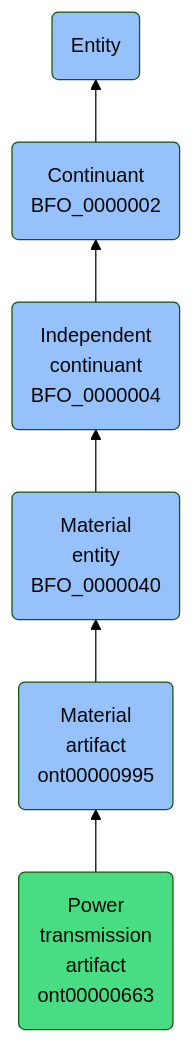
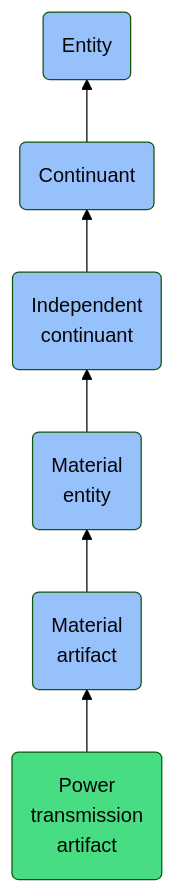
One commit to jupyter-naas/abi changed the diagram in docs/ontology/reference/model/Entity/Continuant/Independent continuant/Material entity/Material artifact/Power transmission artifact/Power transmission artifact.md. Above: the diagram before and after it, drawn with Mermaid (forest theme). The commit also changed other lines of this file and 1430 other files, not shown here.

````diff
--- a/docs/ontology/reference/model/Entity/Continuant/Independent continuant/Material entity/Material artifact/Power transmission artifact/Power transmission artifact.md
+++ b/docs/ontology/reference/model/Entity/Continuant/Independent continuant/Material entity/Material artifact/Power transmission artifact/Power transmission artifact.md
@@ -24,13 +24,13 @@
 ```mermaid
 graph BT
-    ont00000663(Power<br>transmission<br>artifact<br>ont00000663):::ABI-->ont00000995
-    ont00000995(Material<br>artifact<br>ont00000995):::BFO-->BFO_0000040
-    BFO_0000040(Material<br>entity<br>BFO_0000040):::BFO-->BFO_0000004
-    BFO_0000004(Independent<br>continuant<br>BFO_0000004):::BFO-->BFO_0000002
-    BFO_0000002(Continuant<br>BFO_0000002):::BFO-->BFO_0000001
+    ont00000663(Power<br>transmission<br>artifact):::ABI-->ont00000995
+    ont00000995(Material<br>artifact):::BFO-->BFO_0000040
+    BFO_0000040(Material<br>entity):::BFO-->BFO_0000004
+    BFO_0000004(Independent<br>continuant):::BFO-->BFO_0000002
+    BFO_0000002(Continuant):::BFO-->BFO_0000001
     BFO_0000001(Entity):::BFO
     
     classDef BFO fill:#97c1fb,color:#060606
     classDef CCO fill:#e4c51e,color:#060606
     classDef ABI fill:#48DD82,color:#060606
 ```
````
